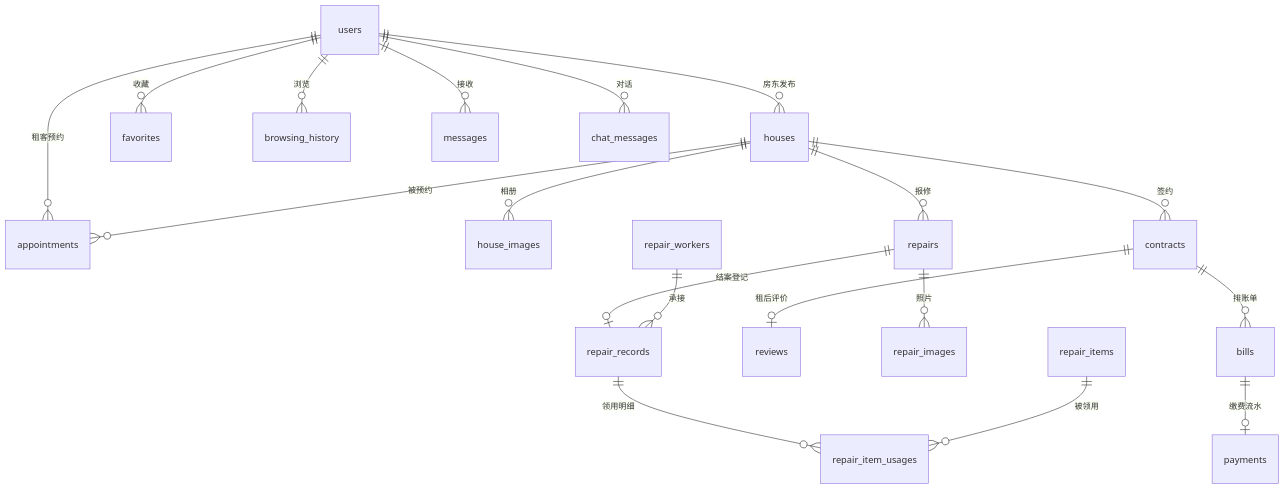
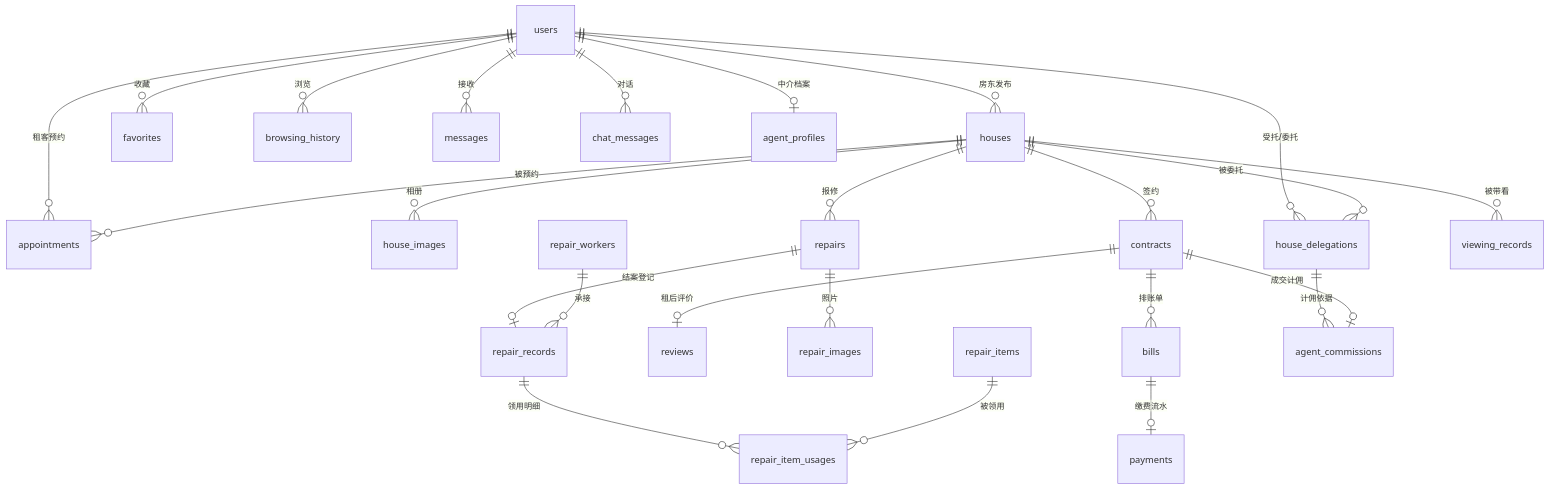
The diagram in docs/数据库设计说明书.md (A107586/ai-house-rental), drawn with Mermaid before and after one commit. The commit also changed other lines of this file and 3 other files, not shown here.

````diff
--- a/docs/数据库设计说明书.md
+++ b/docs/数据库设计说明书.md
@@ -84,24 +84,31 @@
 ```mermaid
 erDiagram
     users ||--o{ houses : "房东发布"
     users ||--o{ appointments : "租客预约"
     users ||--o{ favorites : "收藏"
     users ||--o{ browsing_history : "浏览"
     users ||--o{ messages : "接收"
     users ||--o{ chat_messages : "对话"
 
     houses ||--o{ house_images : "相册"
     houses ||--o{ appointments : "被预约"
     houses ||--o{ repairs : "报修"
     houses ||--o{ contracts : "签约"
 
     contracts ||--o{ bills : "排账单"
     contracts ||--o| reviews : "租后评价"
     bills ||--o| payments : "缴费流水"
 
     repairs ||--o{ repair_images : "照片"
     repairs ||--o| repair_records : "结案登记"
     repair_records ||--o{ repair_item_usages : "领用明细"
     repair_workers ||--o{ repair_records : "承接"
     repair_items ||--o{ repair_item_usages : "被领用"
+
+    users ||--o| agent_profiles : "中介档案"
+    users ||--o{ house_delegations : "受托/委托"
+    houses ||--o{ house_delegations : "被委托"
+    house_delegations ||--o{ agent_commissions : "计佣依据"
+    houses ||--o{ viewing_records : "被带看"
+    contracts ||--o| agent_commissions : "成交计佣"
 ```
````
